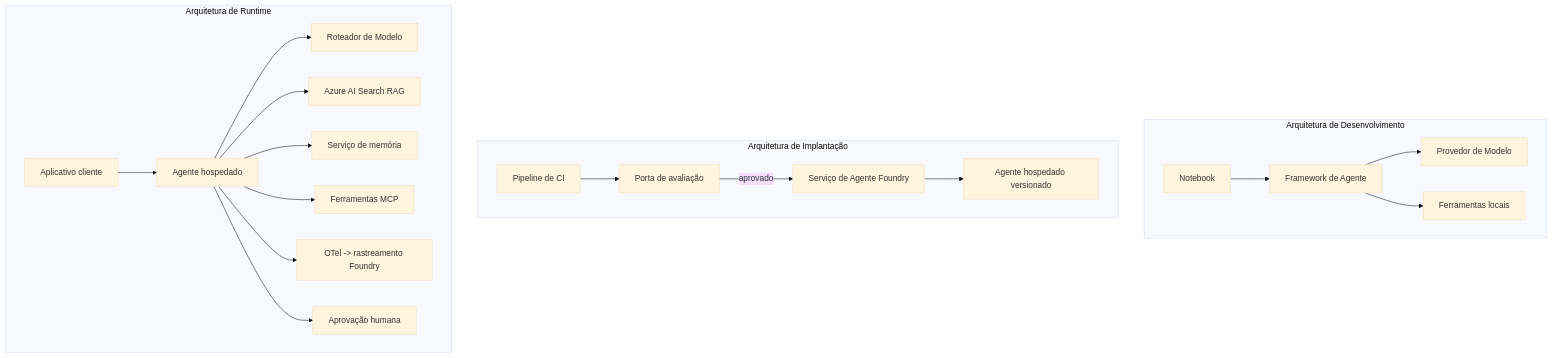
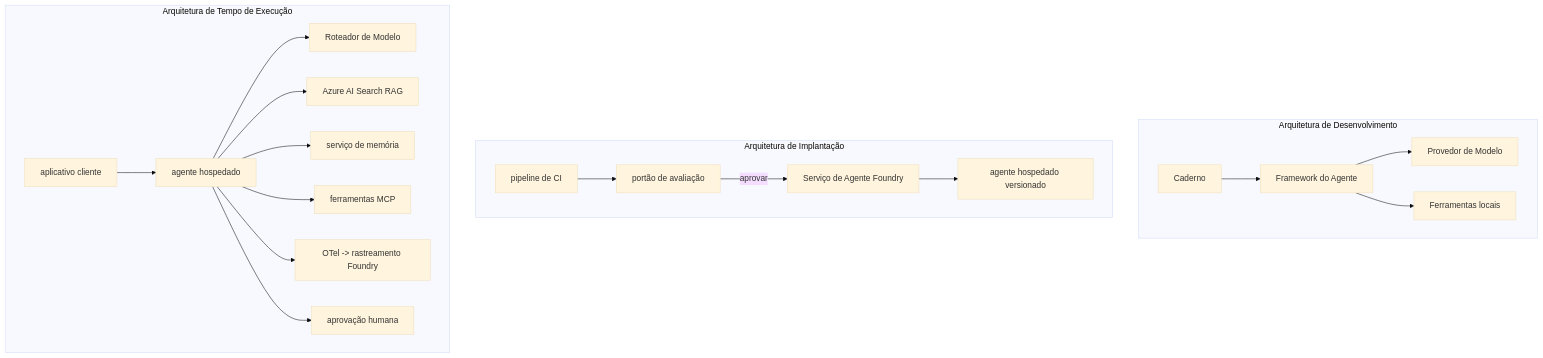
One commit to gabrielmoreira/agent-skills-mirror changed the fourth of 4 diagrams in mirrors/repos/microsoft@ai-agents-for-beginners/translations/pt-BR/16-deploying-scalable-agents/README.md. Above: the diagram before and after it, drawn with Mermaid (base theme). The commit also changed other lines of this file and 4262 other files, not shown here.

````diff
--- a/mirrors/repos/microsoft@ai-agents-for-beginners/translations/pt-BR/16-deploying-scalable-agents/README.md
+++ b/mirrors/repos/microsoft@ai-agents-for-beginners/translations/pt-BR/16-deploying-scalable-agents/README.md
@@ -186,22 +185,22 @@
 ```mermaid
 flowchart TB
     subgraph Dev[Arquitetura de Desenvolvimento]
-        D1[Notebook] --> D2[Framework de Agente]
+        D1[Caderno] --> D2[Framework do Agente]
         D2 --> D3[Provedor de Modelo]
         D2 --> D4[Ferramentas locais]
     end
     subgraph Deploy[Arquitetura de Implantação]
-        E1[Pipeline de CI] --> E2[Porta de avaliação]
-        E2 -->|aprovado| E3[Serviço de Agente Foundry]
-        E3 --> E4[Agente hospedado versionado]
+        E1[pipeline de CI] --> E2[portão de avaliação]
+        E2 -->|aprovar| E3[Serviço de Agente Foundry]
+        E3 --> E4[agente hospedado versionado]
     end
-    subgraph Run[Arquitetura de Runtime]
-        F1[Aplicativo cliente] --> F2[Agente hospedado]
+    subgraph Run[Arquitetura de Tempo de Execução]
+        F1[aplicativo cliente] --> F2[agente hospedado]
         F2 --> F3[Roteador de Modelo]
         F2 --> F4[Azure AI Search RAG]
-        F2 --> F5[Serviço de memória]
-        F2 --> F6[Ferramentas MCP]
+        F2 --> F5[serviço de memória]
+        F2 --> F6[ferramentas MCP]
         F2 --> F7[OTel -> rastreamento Foundry]
-        F2 --> F8[Aprovação humana]
+        F2 --> F8[aprovação humana]
     end
 ```
````
